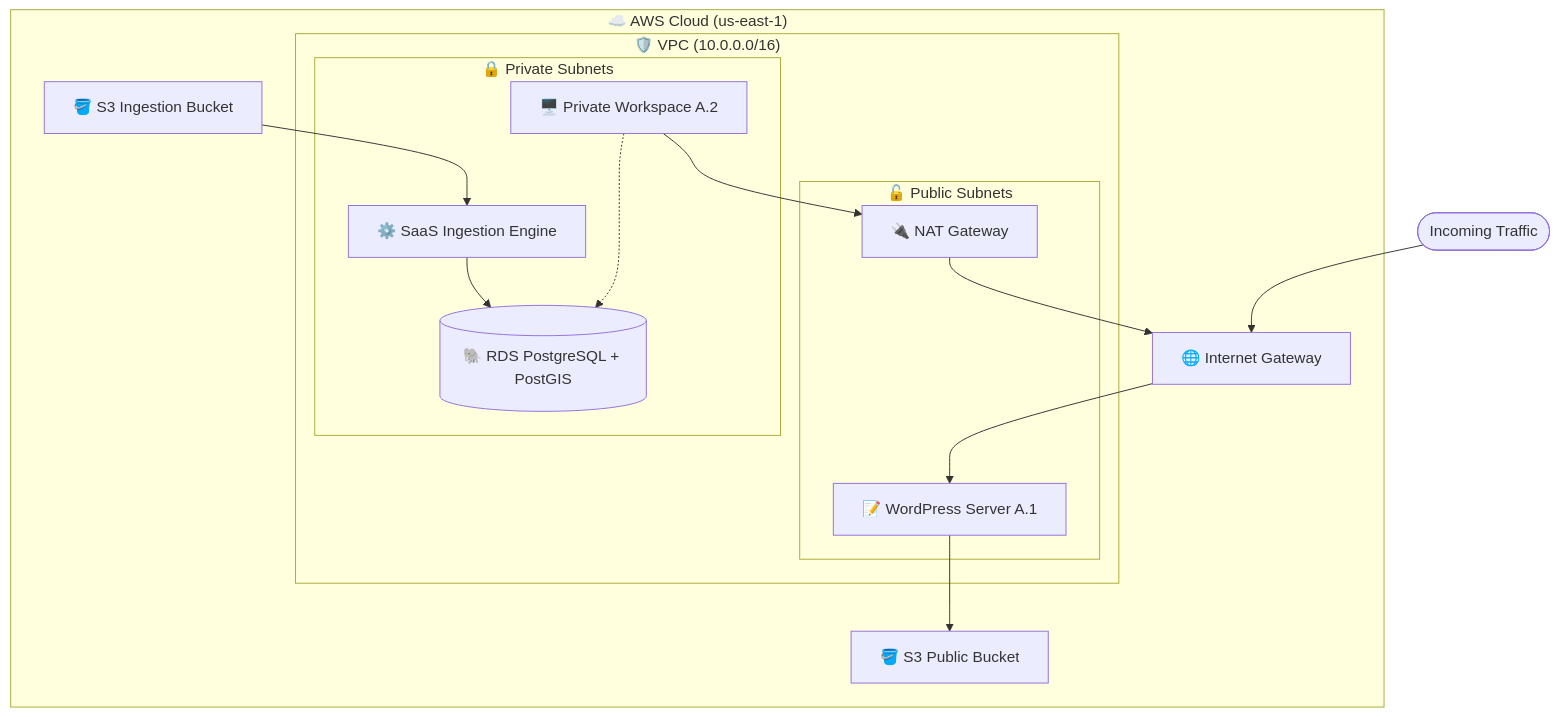
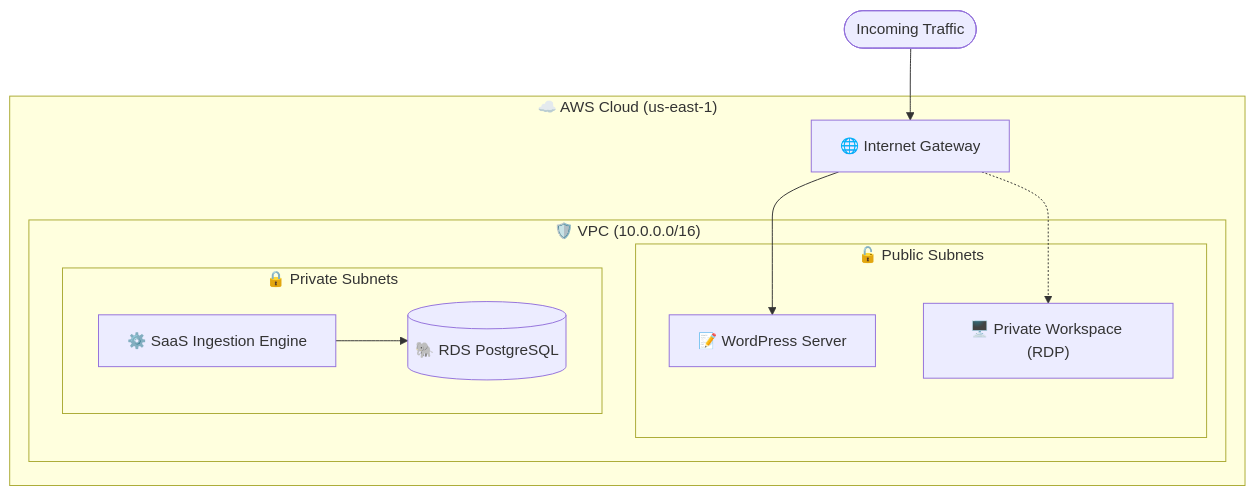
The diagram in README.md (Kinanw38/asterra-devops-project), drawn with Mermaid before and after one commit. The commit also changed other lines of this file and 8 other files, not shown here.

````diff
--- a/README.md
+++ b/README.md
@@ -9,40 +15,21 @@
 ```mermaid
 graph TD
-    %% Nodes Definition inside Subgraphs
     subgraph AWS_Cloud ["☁️ AWS Cloud (us-east-1)"]
         IGW["🌐 Internet Gateway"]
-        
         subgraph VPC_Env ["🛡️ VPC (10.0.0.0/16)"]
             subgraph Public_Subnets ["🔓 Public Subnets"]
-                WP["📝 WordPress Server A.1"]
-                NAT["🔌 NAT Gateway"]
+                WP["📝 WordPress Server"]
+                PW["🖥️ Private Workspace (RDP)"]
             end
-            
             subgraph Private_Subnets ["🔒 Private Subnets"]
-                PW["🖥️ Private Workspace A.2"]
                 SaaS["⚙️ SaaS Ingestion Engine"]
-                RDS[("🐘 RDS PostgreSQL + PostGIS")]
+                RDS[("🐘 RDS PostgreSQL")]
             end
         end
-
-        S3_Pub["🪣 S3 Public Bucket"]
-        S3_Priv["🪣 S3 Ingestion Bucket"]
     end
 
-    %% External User Traffic
-    USR(["Incoming Traffic"])
-
-    %% Flow Connections
-    USR --> IGW
+    USR(["Incoming Traffic"]) --> IGW
     IGW --> WP
-    WP --> S3_Pub
-    
-    %% Outbound Private Traffic via NAT (The Correct DevOps Flow)
-    PW --> NAT
-    NAT --> IGW
-    
-    %% Ingestion & DB Flow
-    S3_Priv --> SaaS
+    IGW -.-> PW
     SaaS --> RDS
-    PW -.-> RDS
 ```
````
